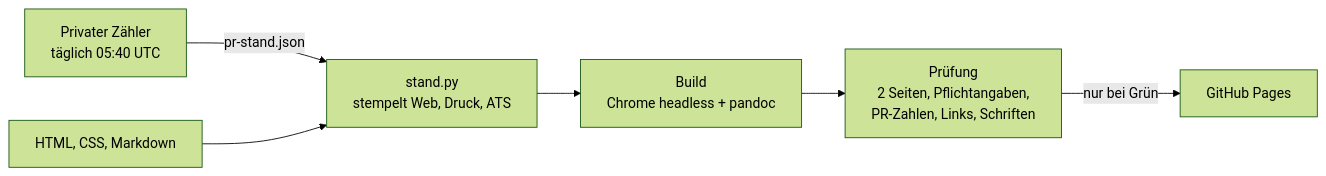
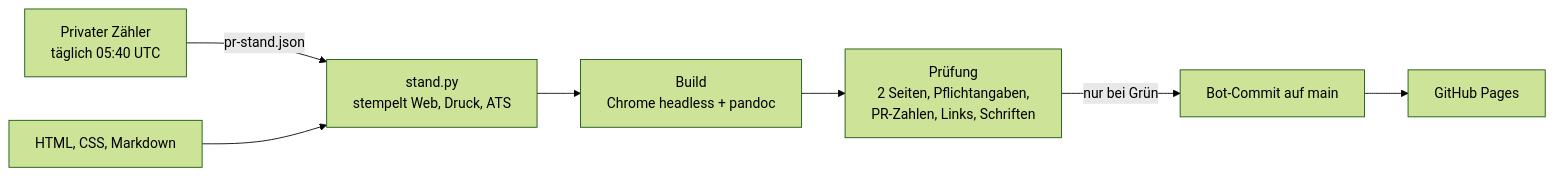
One commit to JasonRoschmann/cv changed the diagram in README.md. Above: the diagram before and after it, drawn with Mermaid (forest theme). The commit also changed 3 other files, not shown here.

````diff
--- a/README.md
+++ b/README.md
@@ -18,8 +18,8 @@
 ```mermaid
 flowchart LR
   Z["Privater Zähler<br/>täglich 05:40 UTC"] -->|pr-stand.json| S["stand.py<br/>stempelt Web, Druck, ATS"]
   Q["HTML, CSS, Markdown"] --> S
   S --> B["Build<br/>Chrome headless + pandoc"]
   B --> P["Prüfung<br/>2 Seiten, Pflichtangaben,<br/>PR-Zahlen, Links, Schriften"]
-  P -->|nur bei Grün| G["GitHub Pages"]
+  P -->|nur bei Grün| C["Bot-Commit auf main"] --> G["GitHub Pages"]
 ```
````
